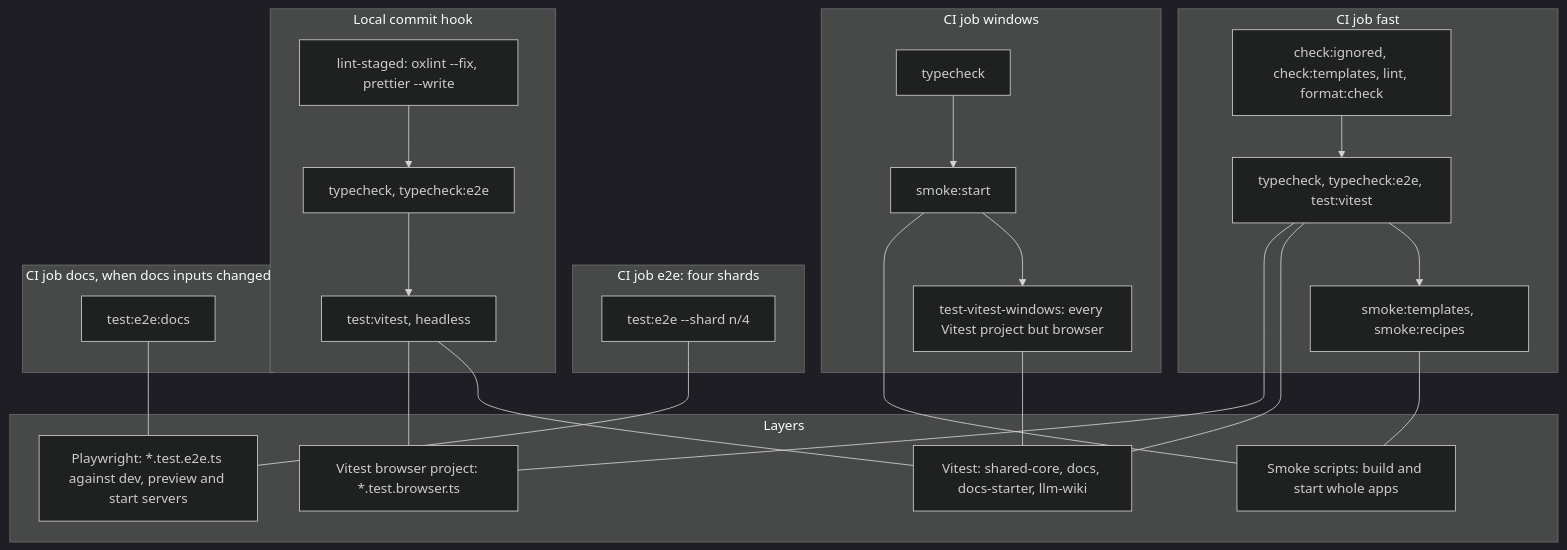
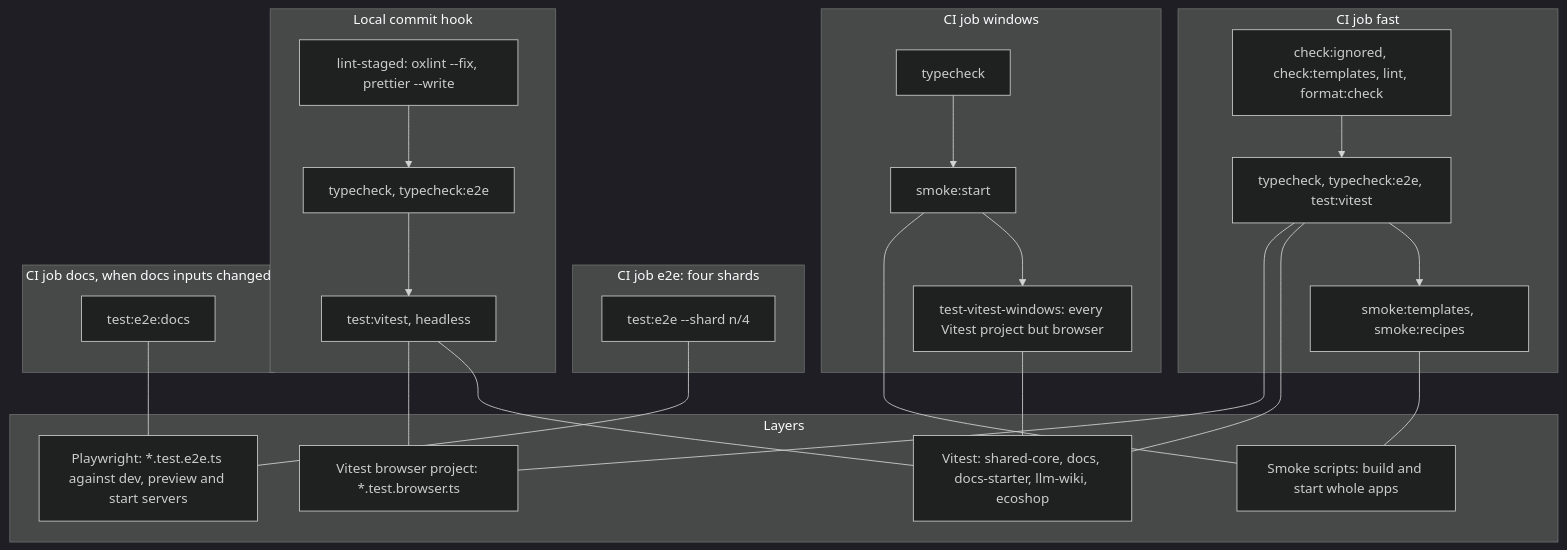
The diagram in apps/docs/src/content/dev/testing.mdx (ecopages/ecopages), drawn with Mermaid (dark theme) before and after one commit. The commit also changed other lines of this file and 147 other files, not shown here.

````diff
--- a/apps/docs/src/content/dev/testing.mdx
+++ b/apps/docs/src/content/dev/testing.mdx
@@ -34,42 +34,42 @@
 ```mermaid
 flowchart TD
   subgraph Layers
-    V["Vitest: shared-core, docs, docs-starter, llm-wiki"]
+    V["Vitest: shared-core, docs, docs-starter, llm-wiki, ecoshop"]
     B["Vitest browser project: *.test.browser.ts"]
     P["Playwright: *.test.e2e.ts against dev, preview and start servers"]
     S["Smoke scripts: build and start whole apps"]
   end
   subgraph Local["Local commit hook"]
     H1["lint-staged: oxlint --fix, prettier --write"]
     H2["typecheck, typecheck:e2e"]
     H3["test:vitest, headless"]
     H1 --> H2 --> H3
   end
   subgraph Fast["CI job fast"]
     F1["check:ignored, check:templates, lint, format:check"]
     F2["typecheck, typecheck:e2e, test:vitest"]
     F3["smoke:templates, smoke:recipes"]
     F1 --> F2 --> F3
   end
   subgraph E2E["CI job e2e: four shards"]
     E1["test:e2e --shard n/4"]
   end
   subgraph Win["CI job windows"]
     W1["typecheck"]
     W2["smoke:start"]
     W3["test-vitest-windows: every Vitest project but browser"]
     W1 --> W2 --> W3
   end
   subgraph DocsJob["CI job docs, when docs inputs changed"]
     D1["test:e2e:docs"]
   end
   H3 --- V
   H3 --- B
   F2 --- V
   F2 --- B
   F3 --- S
   E1 --- P
   W2 --- S
   W3 --- V
   D1 --- P
 ```
````
